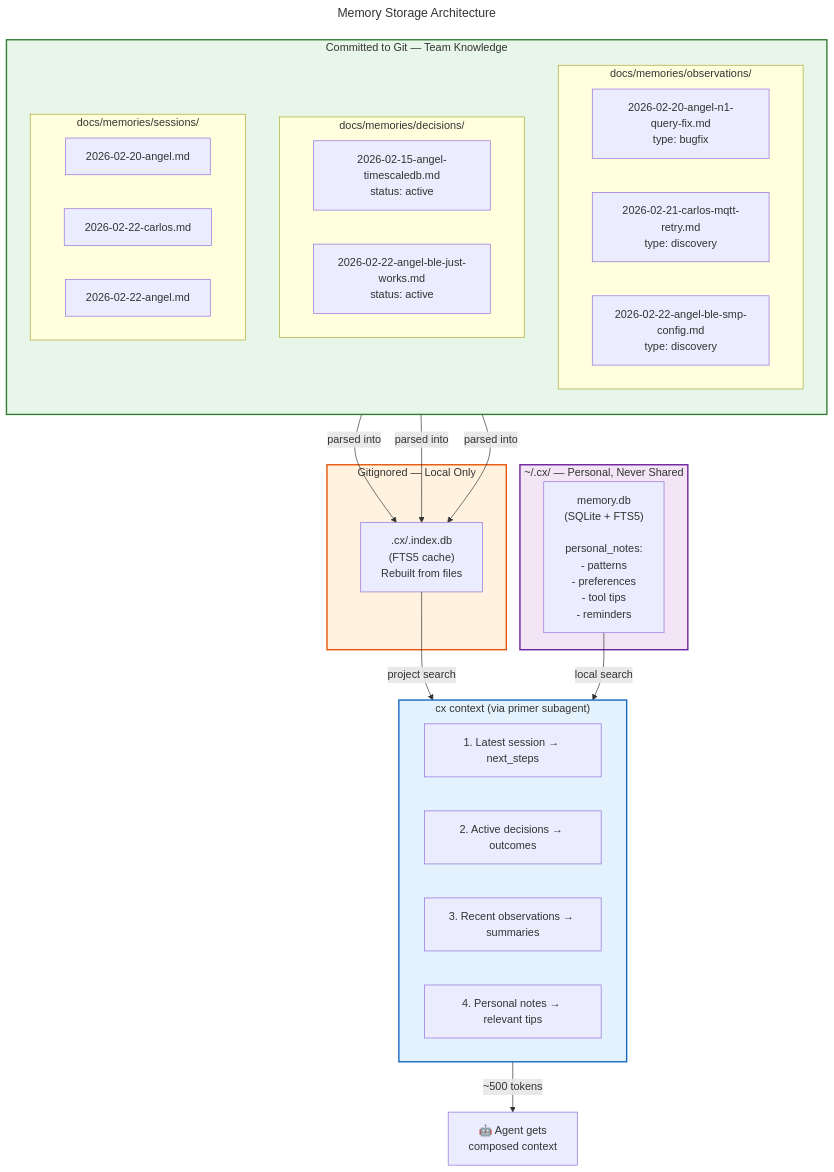
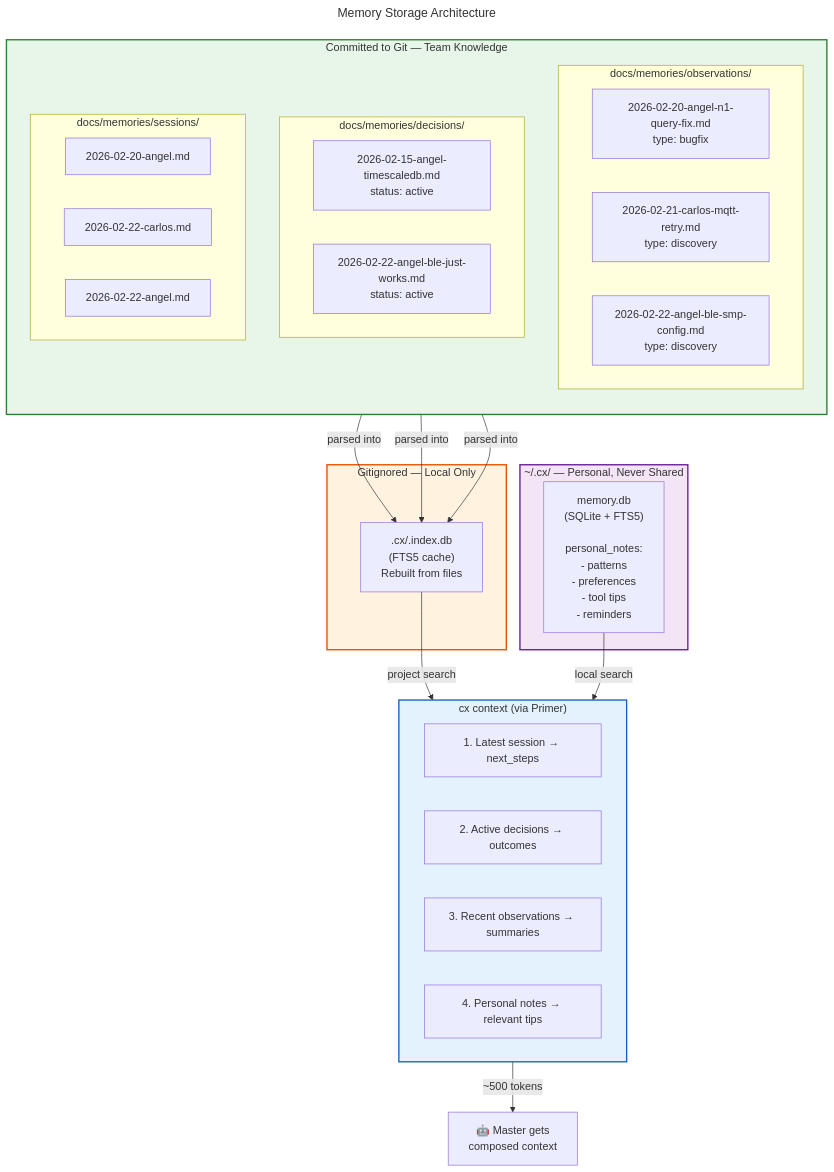
The diagram in docs/specs/memory/diagrams/02-memory-storage.mermaid (AngelMaldonado/cx), drawn with Mermaid before and after one commit. The commit also changed 63 other files, not shown here.

```diff
--- a/docs/specs/memory/diagrams/02-memory-storage.mermaid
+++ b/docs/specs/memory/diagrams/02-memory-storage.mermaid
@@ -1,52 +1,52 @@
 ---
 title: "Memory Storage Architecture"
 ---
 graph TB
     subgraph GIT["Committed to Git — Team Knowledge"]
         direction TB
         
         subgraph OBS["docs/memories/observations/"]
             O1["2026-02-20-angel-n1-query-fix.md\ntype: bugfix"]
             O2["2026-02-21-carlos-mqtt-retry.md\ntype: discovery"]
             O3["2026-02-22-angel-ble-smp-config.md\ntype: discovery"]
         end
 
         subgraph DEC["docs/memories/decisions/"]
             D1["2026-02-15-angel-timescaledb.md\nstatus: active"]
             D2["2026-02-22-angel-ble-just-works.md\nstatus: active"]
         end
 
         subgraph SESS["docs/memories/sessions/"]
             S1["2026-02-20-angel.md"]
             S2["2026-02-22-carlos.md"]
             S3["2026-02-22-angel.md"]
         end
     end
     
     subgraph LOCAL["Gitignored — Local Only"]
         IDX[".cx/.index.db\n(FTS5 cache)\nRebuilt from files"]
     end
     
     subgraph PERSONAL["~/.cx/ — Personal, Never Shared"]
         PDB["memory.db\n(SQLite + FTS5)\n\npersonal_notes:\n- patterns\n- preferences\n- tool tips\n- reminders"]
     end
     
     OBS -->|"parsed into"| IDX
     DEC -->|"parsed into"| IDX
     SESS -->|"parsed into"| IDX
     
-    subgraph QUERY["cx context (via primer subagent)"]
+    subgraph QUERY["cx context (via Primer)"]
         Q1["1. Latest session → next_steps"]
         Q2["2. Active decisions → outcomes"]
         Q3["3. Recent observations → summaries"]
         Q4["4. Personal notes → relevant tips"]
     end
     
     IDX -->|"project search"| QUERY
     PDB -->|"local search"| QUERY
-    QUERY -->|"~500 tokens"| AGENT["🤖 Agent gets\ncomposed context"]
+    QUERY -->|"~500 tokens"| AGENT["🤖 Master gets\ncomposed context"]
     
     style GIT fill:#e8f5e9,stroke:#2e7d32,stroke-width:2px
     style LOCAL fill:#fff3e0,stroke:#e65100,stroke-width:2px
     style PERSONAL fill:#f3e5f5,stroke:#6a1b9a,stroke-width:2px
     style QUERY fill:#e3f2fd,stroke:#1565c0,stroke-width:2px
```
